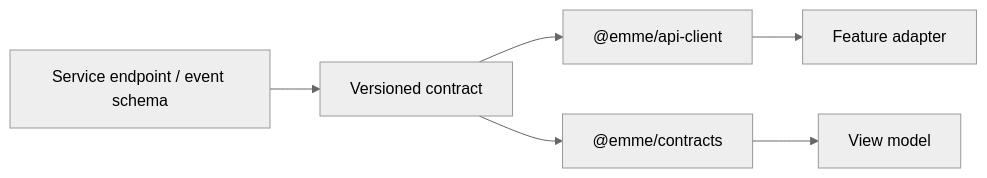
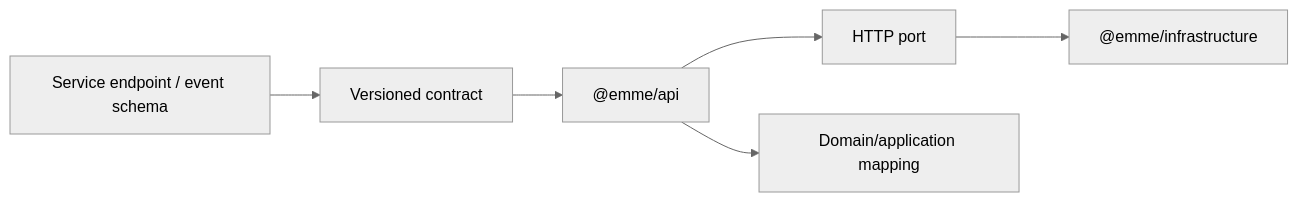
The diagram in docs/architecture/03-integration/contracts.md (migangdelzar/emme-web), drawn with Mermaid (neutral theme) before and after one commit. The commit also changed other lines of this file and 28 other files, not shown here.

Commit message:
docs(architecture): finalize hexagonal library migration

````diff
--- a/docs/architecture/03-integration/contracts.md
+++ b/docs/architecture/03-integration/contracts.md
@@ -8,8 +8,8 @@
 ```mermaid
 flowchart LR
     Service["Service endpoint / event schema"] --> Contract["Versioned contract"]
-    Contract --> Client["@emme/api-client"]
-    Contract --> Types["@emme/contracts"]
-    Client --> Adapter["Feature adapter"]
-    Types --> View["View model"]
+    Contract --> Api["@emme/api"]
+    Api --> Port["HTTP port"]
+    Port --> Infrastructure["@emme/infrastructure"]
+    Api --> View["Domain/application mapping"]
 ```
````
